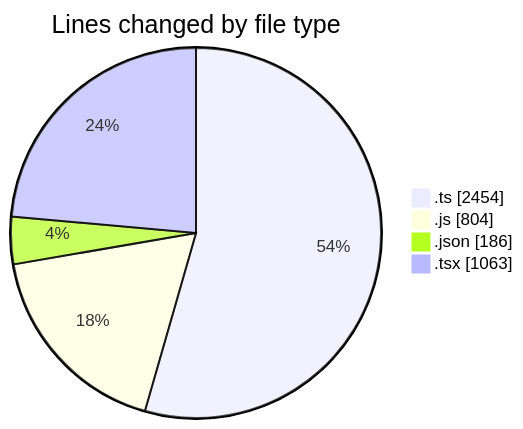
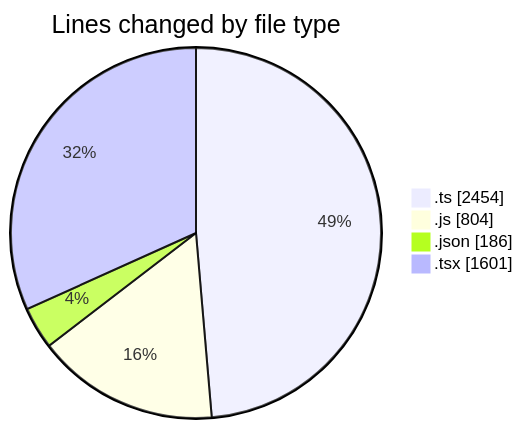
Before and after one commit to momahboobian/code-tracking: the first of 2 diagrams in 2026-06-18/cda/README.md, drawn with Mermaid. The commit also changed other lines of this file and 1 other file, not shown here.

````diff
--- a/2026-06-18/cda/README.md
+++ b/2026-06-18/cda/README.md
@@ -41,8 +45,8 @@
 ```mermaid
 pie showData
 title Lines changed by file type
 ".ts" : 2454
 ".js" : 804
 ".json" : 186
-".tsx" : 1063
+".tsx" : 1601
 ```
````
